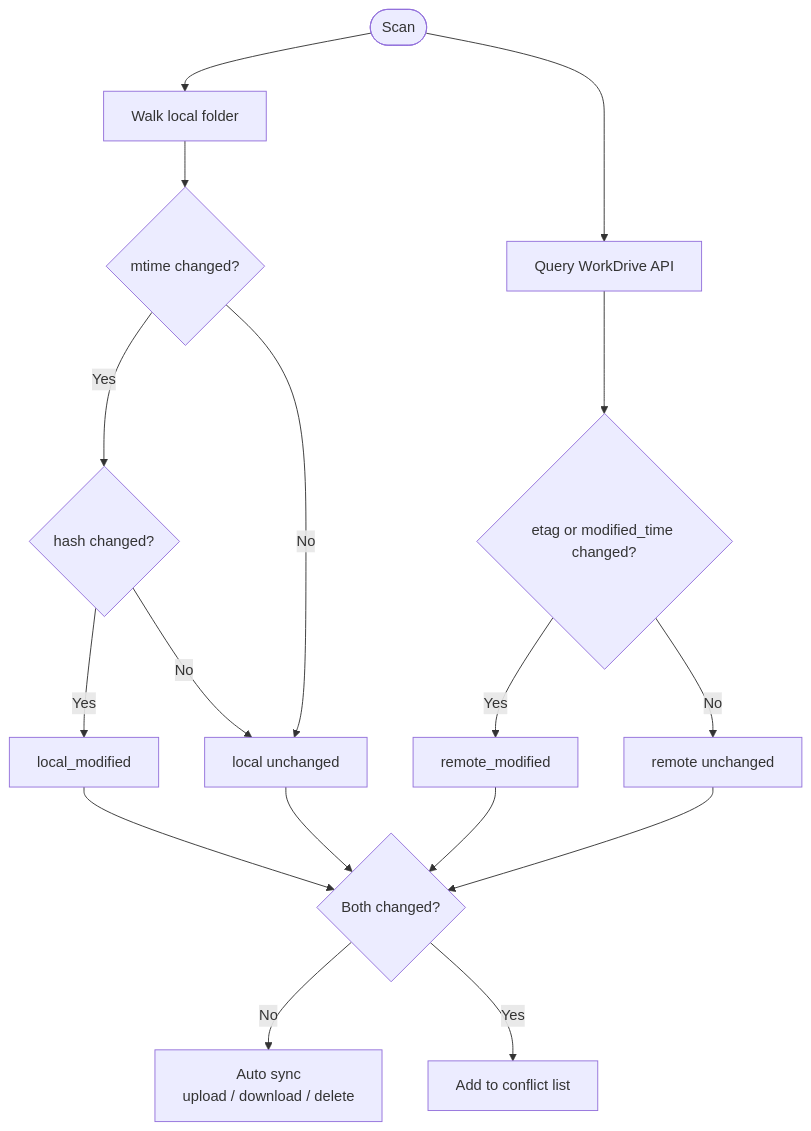
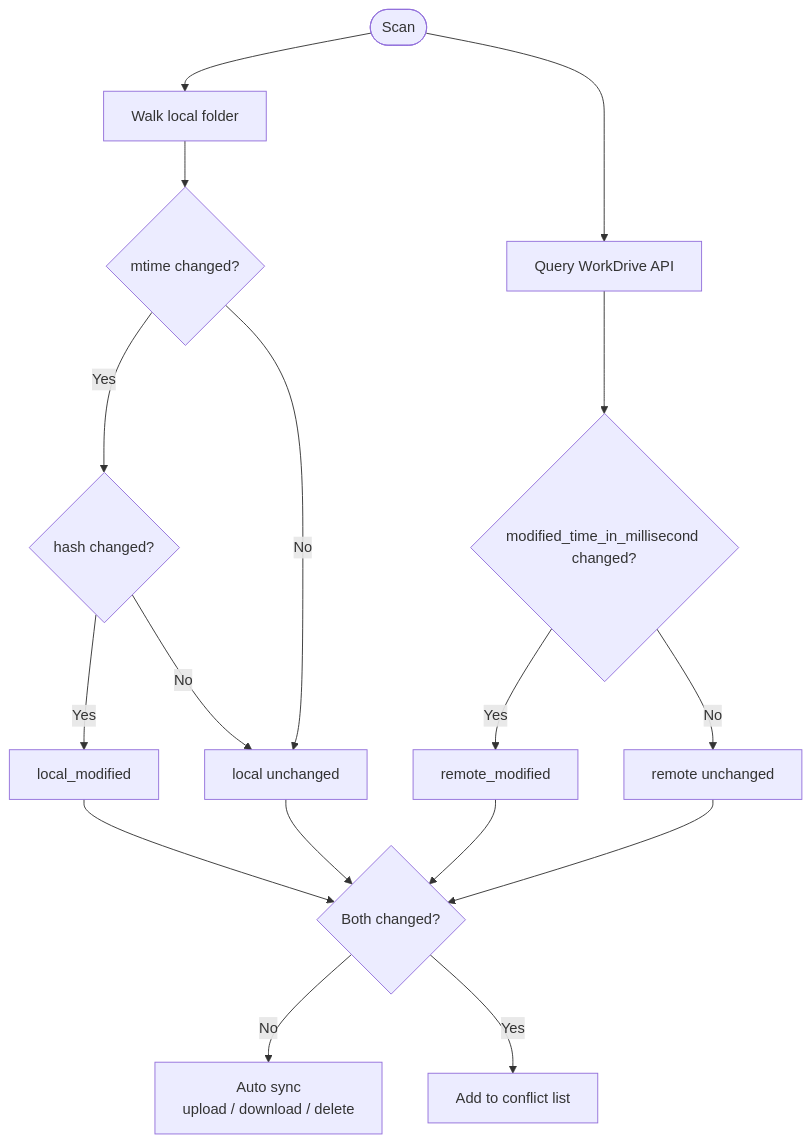
One commit to jbaayen/zoho-workdrive-sync changed the third of 3 diagrams in ARCHITECTURE.md. Above: the diagram before and after it, drawn with Mermaid. The commit also changed other lines of this file and 3 other files, not shown here.

First line of the commit message:
Key remote change detection on modified_time_in_millisecond

````diff
--- a/ARCHITECTURE.md
+++ b/ARCHITECTURE.md
@@ -68,24 +68,24 @@
 ```mermaid
 flowchart TD
     Start([Scan]) --> ScanLocal[Walk local folder]
     Start --> ScanRemote[Query WorkDrive API]
 
     ScanLocal --> CompareLocal{mtime changed?}
     CompareLocal -->|Yes| HashCheck{hash changed?}
     CompareLocal -->|No| Unchanged[local unchanged]
     HashCheck -->|Yes| LocalMod[local_modified]
     HashCheck -->|No| Unchanged
 
-    ScanRemote --> CompareRemote{etag or modified_time changed?}
+    ScanRemote --> CompareRemote{modified_time_in_millisecond changed?}
     CompareRemote -->|Yes| RemoteMod[remote_modified]
     CompareRemote -->|No| Unchanged2[remote unchanged]
 
     LocalMod --> Classify
     RemoteMod --> Classify
     Unchanged --> Classify
     Unchanged2 --> Classify
 
     Classify{Both changed?}
     Classify -->|No| AutoSync[Auto sync<br/>upload / download / delete]
     Classify -->|Yes| Conflict[Add to conflict list]
 ```
````
